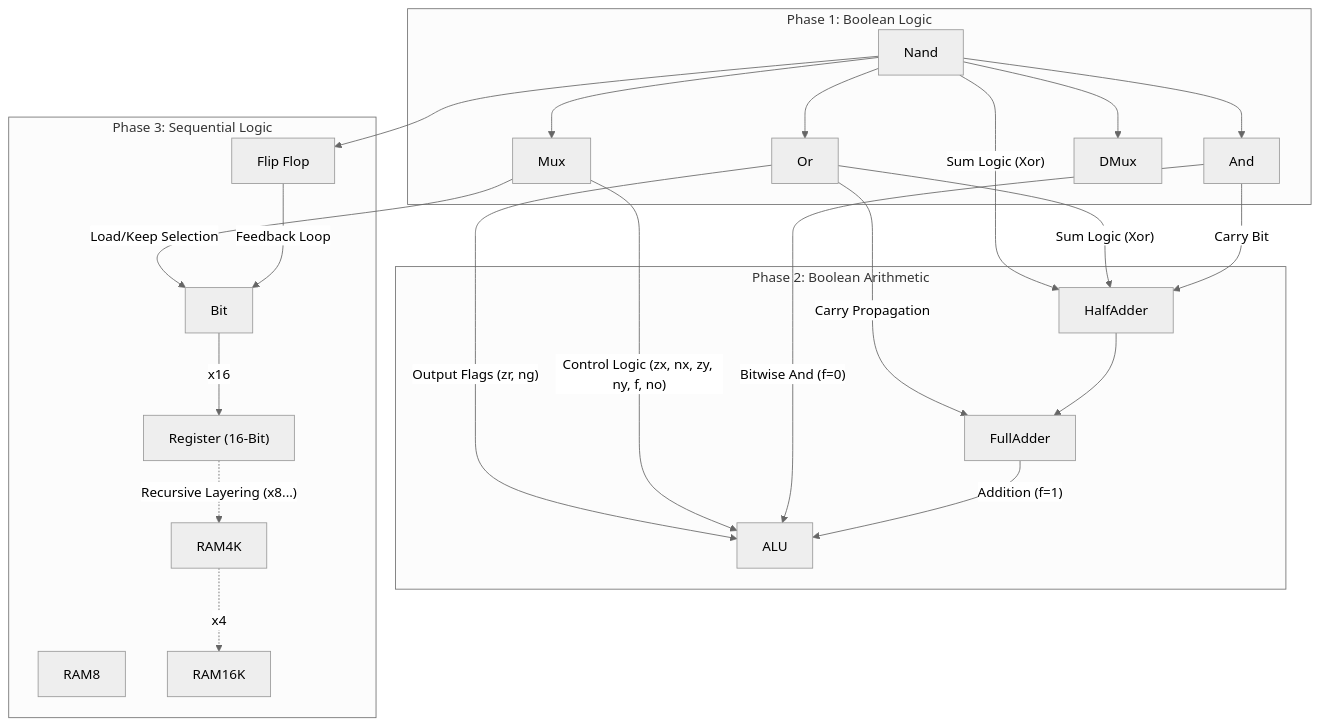
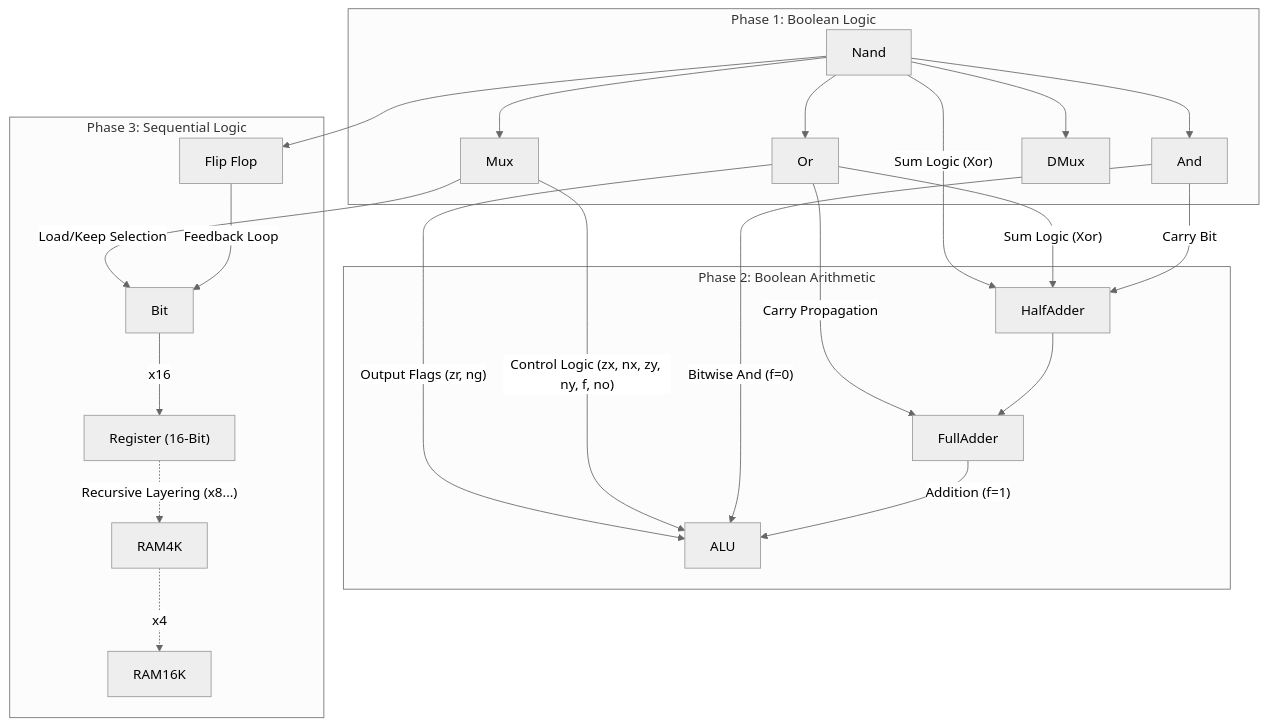
Before and after one commit to spaceadler/nand2tetris: the diagram in README.md, drawn with Mermaid (neutral theme).

Commit message:
Remove RAM8 from README Sequential Logic
Removed RAM8 from the Sequential Logic section.

````diff
--- a/README.md
+++ b/README.md
@@ -22,63 +22,62 @@
 ```mermaid
 graph TD
     %% 1. BOOLEAN LOGIC
     subgraph Logic ["Phase 1: Boolean Logic"]
         Nand["Nand"]
         And["And"]
         Or["Or"]
         Mux["Mux"]
         DMux["DMux"]
         
         Nand --> And
         Nand --> Or
         Nand --> Mux
         Nand --> DMux
     end
 
     %% 2. BOOLEAN ARITHMETIC
     subgraph Arithmetic ["Phase 2: Boolean Arithmetic"]
         HA[HalfAdder]
         FA[FullAdder]
         ALU[ALU]
     end
 
     %% 3. SEQUENTIAL LOGIC
     subgraph Sequential ["Phase 3: Sequential Logic"]
         DFF["Flip Flop"]
         Bit["Bit"]
         Register["Register (16-Bit)"]
-        RAM8
         RAM4K
         RAM16K
     end
 
     %% --- WIRING & DETAILS ---
 
     %% THE PHYSICAL REALITY (Nand creates the Latch inside the Flip Flop)
     Nand --> DFF
 
     %% HALF ADDER DETAIL
     And -->|"Carry Bit"| HA
     Or -->|"Sum Logic (Xor)"| HA
     Nand -->|"Sum Logic (Xor)"| HA
 
     %% FULL ADDER
     HA --> FA
     Or -->|"Carry Propagation"| FA
 
     %% ALU DETAIL
     FA -->|"Addition (f=1)"| ALU
     And -->|"Bitwise And (f=0)"| ALU
     Mux -->|"Control Logic (zx, nx, zy, ny, f, no)"| ALU
     Or -->|"Output Flags (zr, ng)"| ALU
 
     %% SEQUENTIAL / MEMORY RECURSION
     DFF -->|"Feedback Loop"| Bit
     Mux -->|"Load/Keep Selection"| Bit
     
     Bit -->|x16| Register
     
     %% The Abstracted Recursion
     Register -.->|"Recursive Layering (x8...)"| RAM4K
     RAM4K -.->|x4| RAM16K
 ```
````
